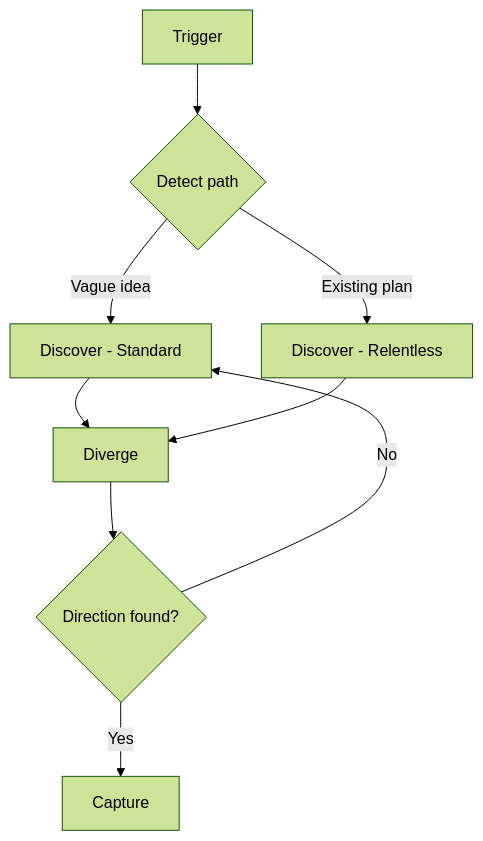
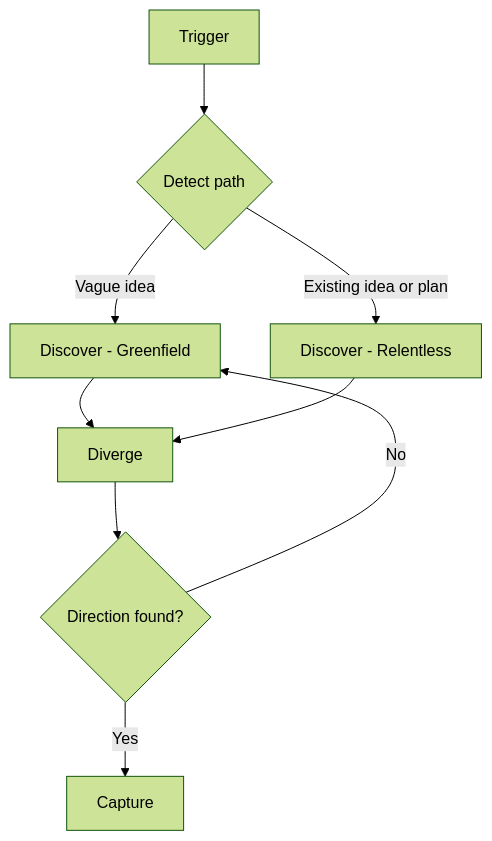
One commit to adeonir/agent-skills changed the diagram in skills/product/brainstorming/README.md. Above: the diagram before and after it, drawn with Mermaid (forest theme). The commit also changed other lines of this file and 6 other files, not shown here.

````diff
--- a/skills/product/brainstorming/README.md
+++ b/skills/product/brainstorming/README.md
@@ -10,11 +10,11 @@
 ```mermaid
 flowchart TD
     T[Trigger] --> P{Detect path}
-    P -->|Vague idea| DS[Discover - Standard]
-    P -->|Existing plan| DR[Discover - Relentless]
+    P -->|Vague idea| DS[Discover - Greenfield]
+    P -->|Existing idea or plan| DR[Discover - Relentless]
     DS --> DV[Diverge]
     DR --> DV
     DV --> C{Direction found?}
     C -->|Yes| CA[Capture]
     C -->|No| DS
 ```
````
